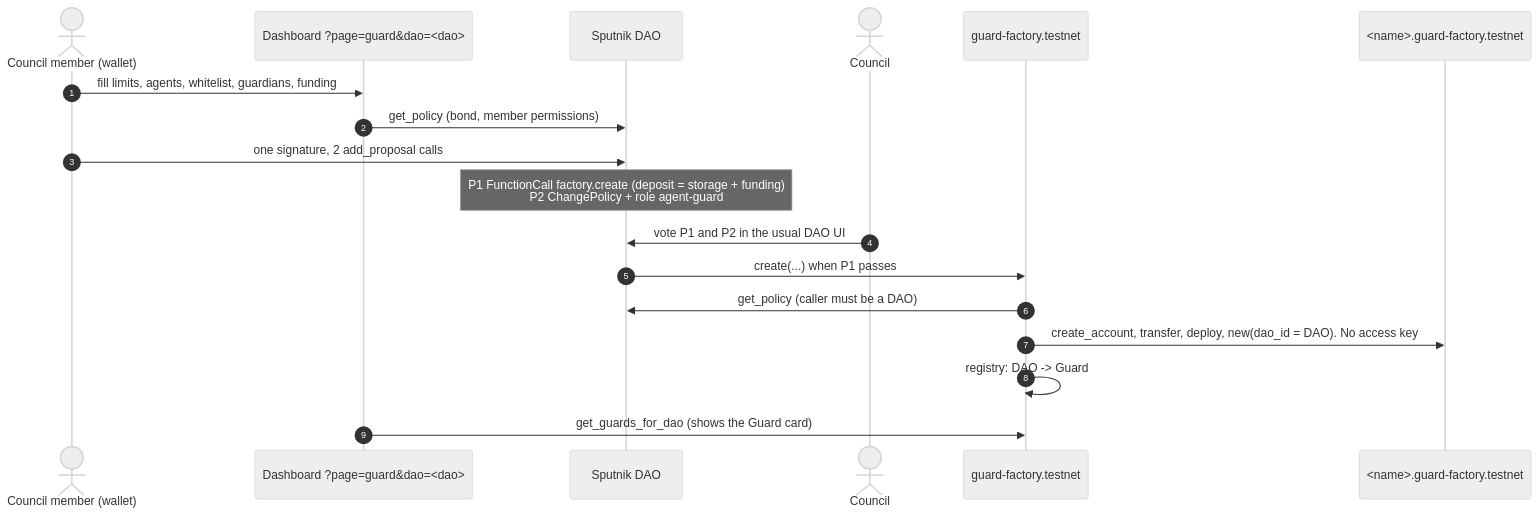
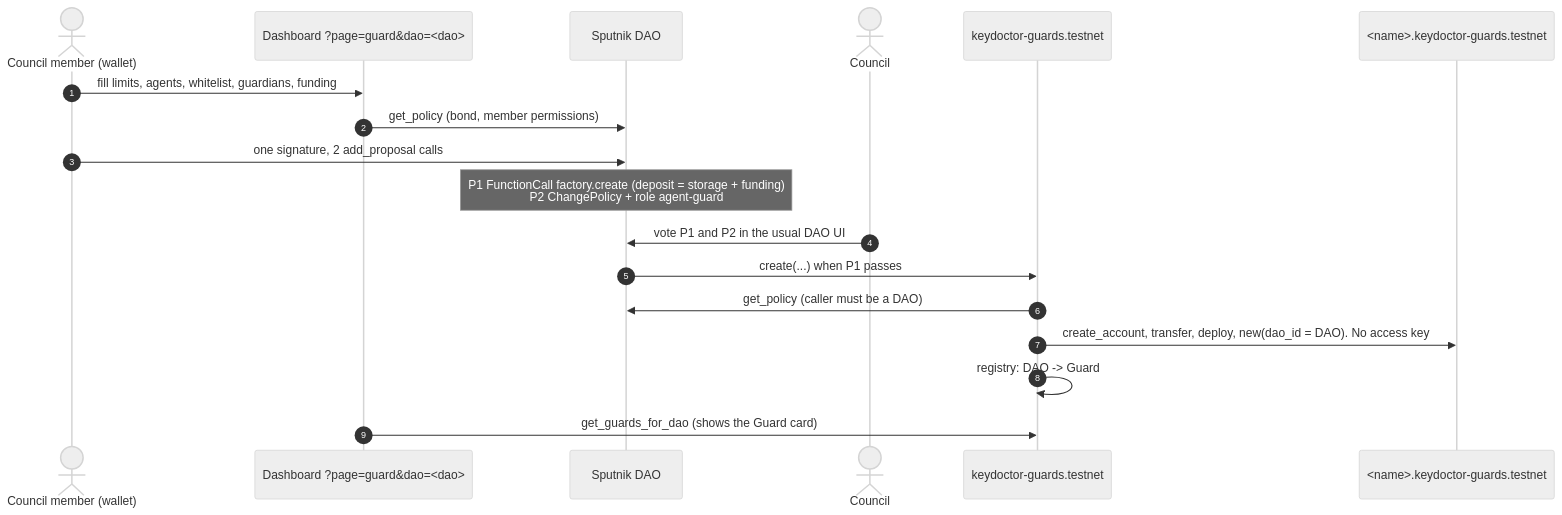
One commit to BLV-Labs/keydoctor changed the second of 3 diagrams in docs/guard-flow.md. Above: the diagram before and after it, drawn with Mermaid (neutral theme). The commit also changed other lines of this file and 2 other files, not shown here.

Commit message:
docs(guard): factory keydoctor-guards.testnet is deployed, dashboard deploy uses it
- README and guard-flow: factory live on testnet (v1.0.0, guard code hash 8RPE9aMz...),
  local dev steps to see the create form and preview. No Guard created through it yet.
- deploy.yml: KD_GUARD_FACTORY defaults to keydoctor-guards.testnet (repo variable overrides).

````diff
--- a/docs/guard-flow.md
+++ b/docs/guard-flow.md
@@ -43,20 +43,20 @@
 ```mermaid
 sequenceDiagram
     autonumber
     actor Member as Council member (wallet)
     participant Dash as Dashboard ?page=guard&dao=<dao>
     participant DAO as Sputnik DAO
     actor Council
-    participant Factory as guard-factory.testnet
-    participant Guard as <name>.guard-factory.testnet
+    participant Factory as keydoctor-guards.testnet
+    participant Guard as <name>.keydoctor-guards.testnet
     Member->>Dash: fill limits, agents, whitelist, guardians, funding
     Dash->>DAO: get_policy (bond, member permissions)
     Member->>DAO: one signature, 2 add_proposal calls
     Note over DAO: P1 FunctionCall factory.create (deposit = storage + funding)<br/>P2 ChangePolicy + role agent-guard
     Council->>DAO: vote P1 and P2 in the usual DAO UI
     DAO->>Factory: create(...) when P1 passes
     Factory->>DAO: get_policy (caller must be a DAO)
     Factory->>Guard: create_account, transfer, deploy, new(dao_id = DAO). No access key
     Factory->>Factory: registry: DAO -> Guard
     Dash->>Factory: get_guards_for_dao (shows the Guard card)
 ```
````
